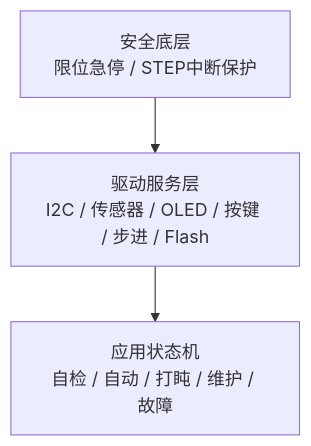
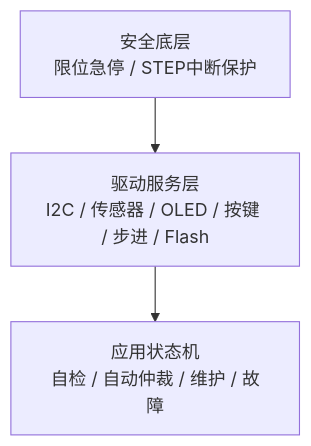
One commit to ukpkmkk02B-hk/Automatic-lifting changed the second of 2 diagrams in presentation-outline.md. Above: the diagram before and after it, drawn with Mermaid. The commit also changed other lines of this file and 1 other file, not shown here.

````diff
--- a/presentation-outline.md
+++ b/presentation-outline.md
@@ -133,5 +178,5 @@
 ```mermaid
 flowchart TB
     A["安全底层<br/>限位急停 / STEP中断保护"] --> B["驱动服务层<br/>I2C / 传感器 / OLED / 按键 / 步进 / Flash"]
-    B --> C["应用状态机<br/>自检 / 自动 / 打盹 / 维护 / 故障"]
+    B --> C["应用状态机<br/>自检 / 自动仲裁 / 维护 / 故障"]
 ```
````
